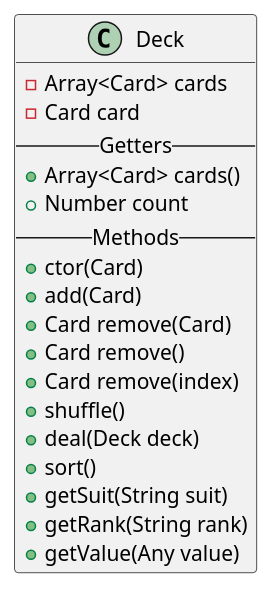
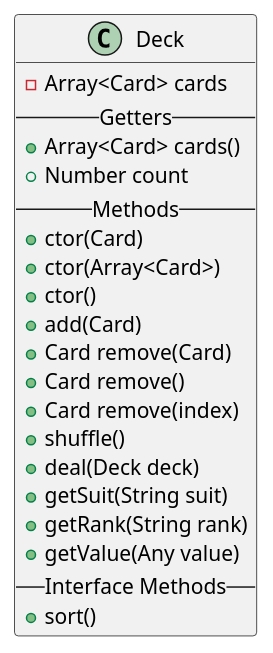
The diagram in design/Deck.puml (TheVirtuoid/fwjs-deck), drawn with PlantUML before and after one commit. The commit also changed 6 other files, not shown here.

```diff
--- a/design/Deck.puml
+++ b/design/Deck.puml
@@ -1,25 +1,27 @@
 @startuml
 'https://plantuml.com/class-diagram
 
 class Deck {
 	- Array<Card> cards
-	- Card card
 	-- Getters --
 	+Array<Card> cards()
 	+Number count
 	-- Methods --
 	+ctor(Card)
+	+ctor(Array<Card>)
+	+ctor()
 	+add(Card)
 	+Card remove(Card)
 	+Card remove()
 	+Card remove(index)
 	+shuffle()
 	+deal(Deck deck)
-	+sort()
 	+getSuit(String suit)
 	+getRank(String rank)
 	+getValue(Any value)
+	-- Interface Methods --
+	+sort()
 }
 
 
 @enduml
```
